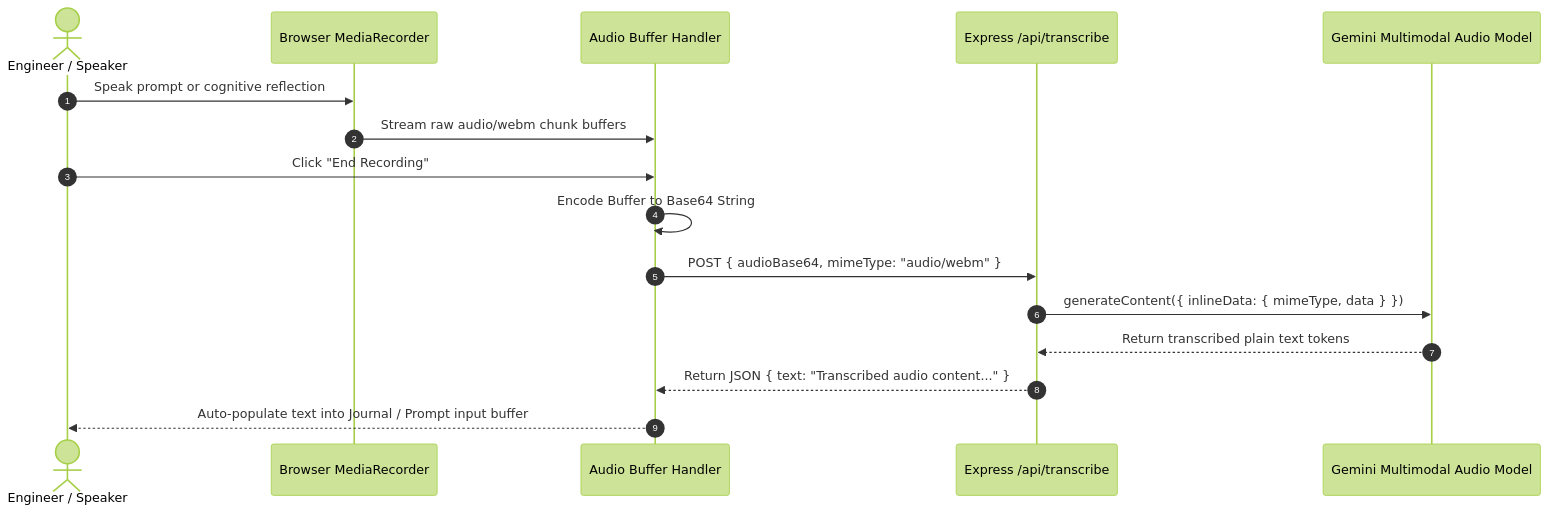
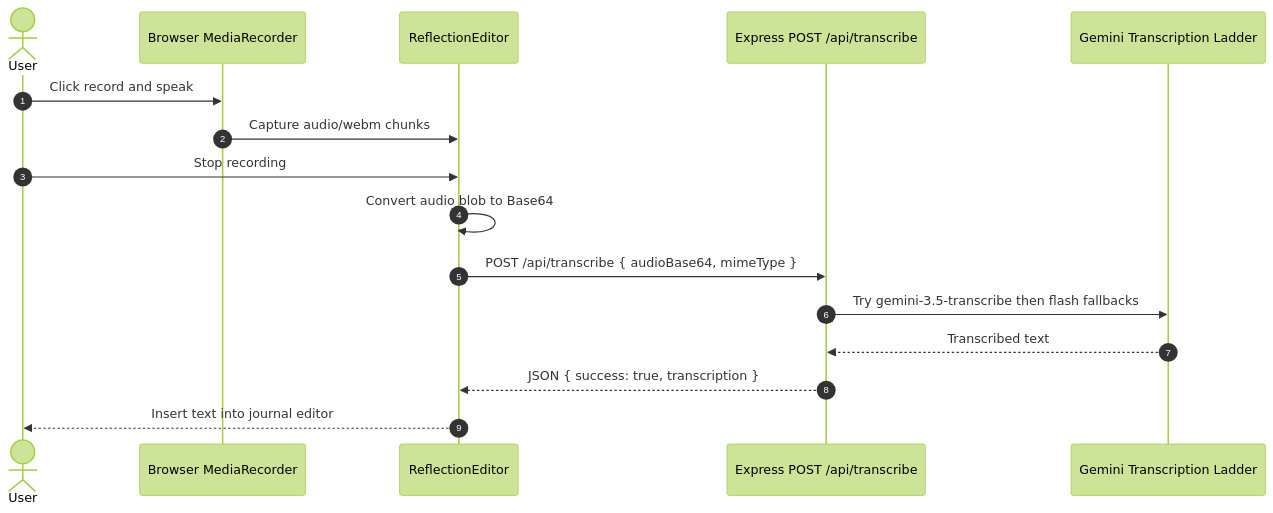
Before and after one commit to mauryasomkumar-pixel/somotoz: the sixth of 7 diagrams in README.md, drawn with Mermaid (forest theme). The commit also changed other lines of this file and 12 other files, not shown here.

````diff
--- a/README.md
+++ b/README.md
@@ -219,19 +195,19 @@
 ```mermaid
 sequenceDiagram
     autonumber
-    actor User as Engineer / Speaker
+    actor User as User
     participant Mic as Browser MediaRecorder
-    participant UI as Audio Buffer Handler
-    participant Server as Express /api/transcribe
-    participant Gemini as Gemini Multimodal Audio Model
+    participant UI as ReflectionEditor
+    participant Server as Express POST /api/transcribe
+    participant Gemini as Gemini Transcription Ladder
 
-    User->>Mic: Speak prompt or cognitive reflection
-    Mic->>UI: Stream raw audio/webm chunk buffers
-    User->>UI: Click "End Recording"
-    UI->>UI: Encode Buffer to Base64 String
-    UI->>Server: POST { audioBase64, mimeType: "audio/webm" }
-    Server->>Gemini: generateContent({ inlineData: { mimeType, data } })
-    Gemini-->>Server: Return transcribed plain text tokens
-    Server-->>UI: Return JSON { text: "Transcribed audio content..." }
-    UI-->>User: Auto-populate text into Journal / Prompt input buffer
+    User->>Mic: Click record and speak
+    Mic->>UI: Capture audio/webm chunks
+    User->>UI: Stop recording
+    UI->>UI: Convert audio blob to Base64
+    UI->>Server: POST /api/transcribe { audioBase64, mimeType }
+    Server->>Gemini: Try gemini-3.5-transcribe then flash fallbacks
+    Gemini-->>Server: Transcribed text
+    Server-->>UI: JSON { success: true, transcription }
+    UI-->>User: Insert text into journal editor
 ```
````
